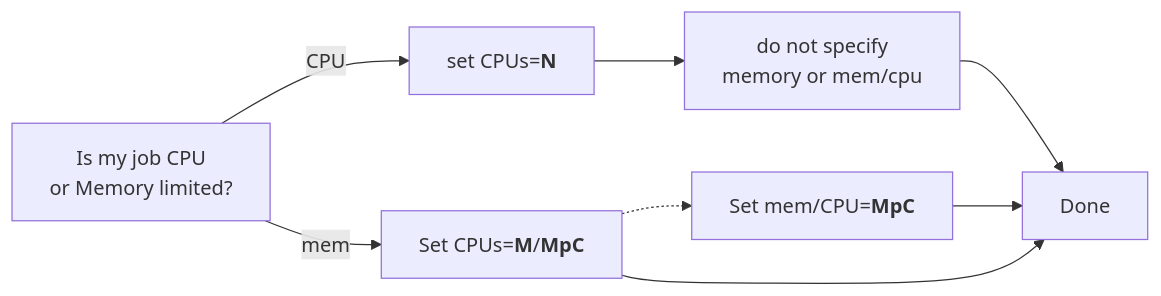
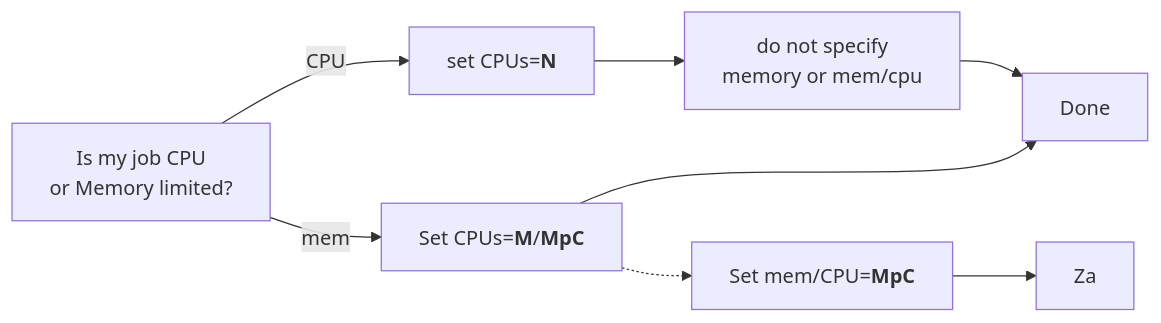
One commit to UA-ResearchComputing-HPC/hpc-documentation changed the diagram in docs/running_jobs/cpus_and_memory/index.md. Above: the diagram before and after it, drawn with Mermaid. The commit also changed other lines of this file and 16 other files, not shown here.

````diff
--- a/docs/running_jobs/cpus_and_memory/index.md
+++ b/docs/running_jobs/cpus_and_memory/index.md
@@ -40,13 +38,13 @@
 ``` mermaid
 graph LR
    A[Is my job CPU<br>or Memory limited?] 
    B["`set CPUs=**N**`"]
    C["`do not specify
    memory or mem/cpu`"]
    D["`Set CPUs=**M**/**MpC**`"]
    E["`Set mem/CPU=**MpC**`"]
    Z[Done]
    A -->|CPU| B --> C --> Z
-   A -->|mem| D -.-> E --> Z
+   A -->|mem| D -.-> E --> Za
    D --> Z
 ```
````
